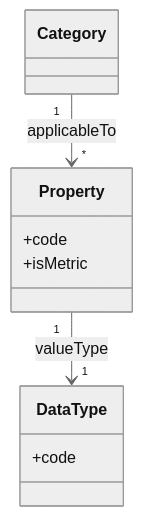
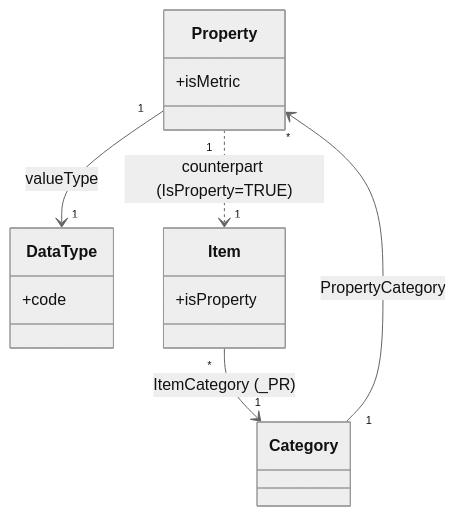
Before and after one commit to sdmx-twg/wp-sdmx-dpm: the seventh of 9 diagrams in docs/models-relationships/01_glossary/01_glossary_overview.md, drawn with Mermaid (neutral theme). The commit also changed other lines of this file, not shown here.

Commit message:
fix: clarify that Properties are Items in a dedicated Category
Addresses #24 — Property does not carry a code attribute. Each
Property has a counterpart Item (IsProperty=TRUE) belonging to a
dedicated Category (typically _PR). The code, name, description
come from the ItemCategory association. Updated text and diagram.

````diff
--- a/docs/models-relationships/01_glossary/01_glossary_overview.md
+++ b/docs/models-relationships/01_glossary/01_glossary_overview.md
@@ -227,12 +229,16 @@
 ```mermaid
 classDiagram
     class Property {
-      +code
       +isMetric
     }
     class DataType {
       +code
     }
-    Category "1" --> "*" Property : applicableTo
+    class Item {
+      +isProperty
+    }
+    Category "1" --> "*" Property : PropertyCategory
     Property "1" --> "1" DataType : valueType
+    Property "1" ..> "1" Item : counterpart (IsProperty=TRUE)
+    Item "*" --> "1" Category : ItemCategory (_PR)
 ```
````
